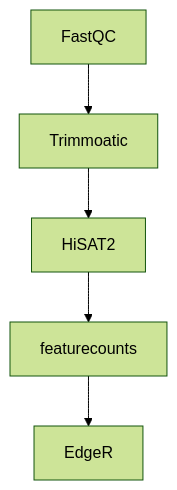
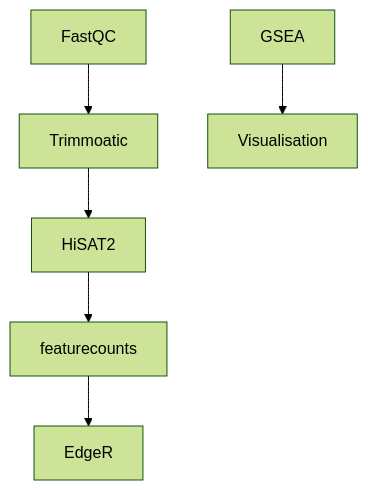
One commit to serayyetkin/Elf3-MT changed the diagram in README.md. Above: the diagram before and after it, drawn with Mermaid (forest theme). The commit also changed other lines of this file, not shown here.

````diff
--- a/README.md
+++ b/README.md
@@ -14,7 +14,8 @@
 ```mermaid
 graph TD;
     FastQC-->Trimmoatic;
     Trimmoatic-->HiSAT2;
     HiSAT2-->featurecounts;
     featurecounts-->EdgeR;
+    GSEA-->Visualisation;
 ```
````
